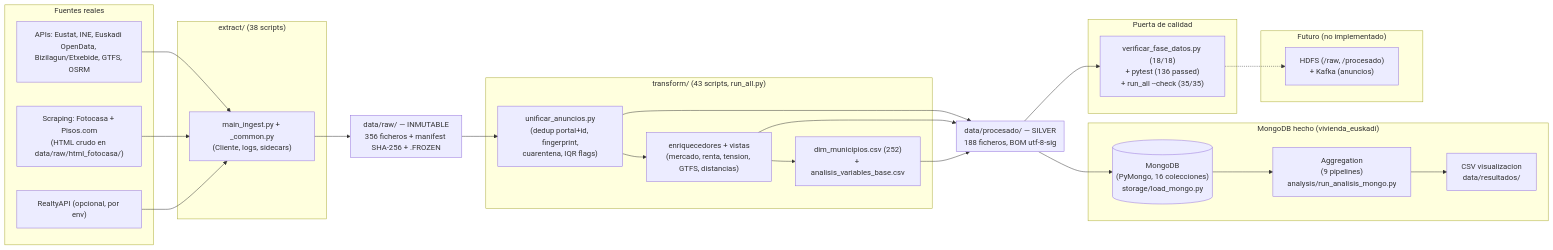
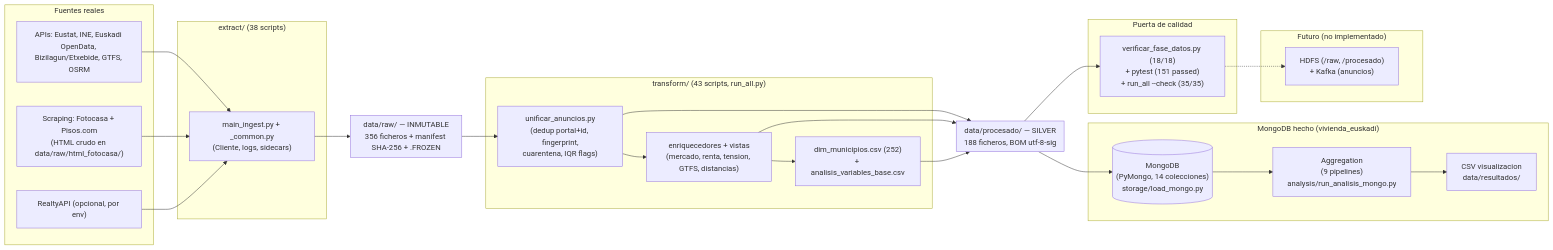
The diagram in docs/arquitectura_datos.md (mikelrh-dev/bigdata-vivienda-euskadi), drawn with Mermaid before and after one commit. The commit also changed other lines of this file and 41 other files, not shown here.

Commit message:
docs: actualiza presentacion, informes y pipeline kafka/mongo - Verify: pytest 17 passed (test_kafka_pipeline, test_mongo_queries)

````diff
--- a/docs/arquitectura_datos.md
+++ b/docs/arquitectura_datos.md
@@ -6,45 +6,45 @@
 ```mermaid
 flowchart LR
     subgraph Fuentes["Fuentes reales"]
         API["APIs: Eustat, INE, Euskadi OpenData, Bizilagun/Etxebide, GTFS, OSRM"]
         SCR["Scraping: Fotocasa + Pisos.com\n(HTML crudo en data/raw/html_fotocasa/)"]
         OPT["RealtyAPI (opcional, por env)"]
     end
     subgraph Extract["extract/ (38 scripts)"]
         ING["main_ingest.py + _common.py\n(Cliente, logs, sidecars)"]
     end
     subgraph RAW["data/raw/ — INMUTABLE\n356 ficheros + manifest SHA-256 + .FROZEN"]
     end
     subgraph Transform["transform/ (43 scripts, run_all.py)"]
         UNI["unificar_anuncios.py\n(dedup portal+id, fingerprint,\ncuarentena, IQR flags)"]
         ENR["enriquecedores + vistas\n(mercado, renta, tension, GTFS, distancias)"]
         DIM["dim_municipios.csv (252)\n+ analisis_variables_base.csv"]
     end
     subgraph Silver["data/procesado/ — SILVER\n188 ficheros, BOM utf-8-sig"]
     end
     subgraph QA["Puerta de calidad"]
-        GATE["verificar_fase_datos.py (18/18)\n+ pytest (136 passed)\n+ run_all --check (35/35)"]
+        GATE["verificar_fase_datos.py (18/18)\n+ pytest (151 passed)\n+ run_all --check (35/35)"]
     end
     subgraph Mongo["MongoDB hecho (vivienda_euskadi)"]
-        MONGO[("MongoDB\n(PyMongo, 16 colecciones)\nstorage/load_mongo.py")]
+        MONGO[("MongoDB\n(PyMongo, 14 colecciones)\nstorage/load_mongo.py")]
         AGG["Aggregation\n(9 pipelines)\nanalysis/run_analisis_mongo.py"]
         CSV["CSV visualizacion\ndata/resultados/"]
     end
     subgraph Futuro["Futuro (no implementado)"]
         HK["HDFS (/raw, /procesado)\n+ Kafka (anuncios)"]
     end
     API --> ING
     SCR --> ING
     OPT --> ING
     ING --> RAW
     RAW --> UNI
     UNI --> ENR
     ENR --> DIM
     UNI --> Silver
     ENR --> Silver
     DIM --> Silver
     Silver --> GATE
     Silver --> MONGO
     MONGO --> AGG --> CSV
     GATE -.-> HK
 ```
````
